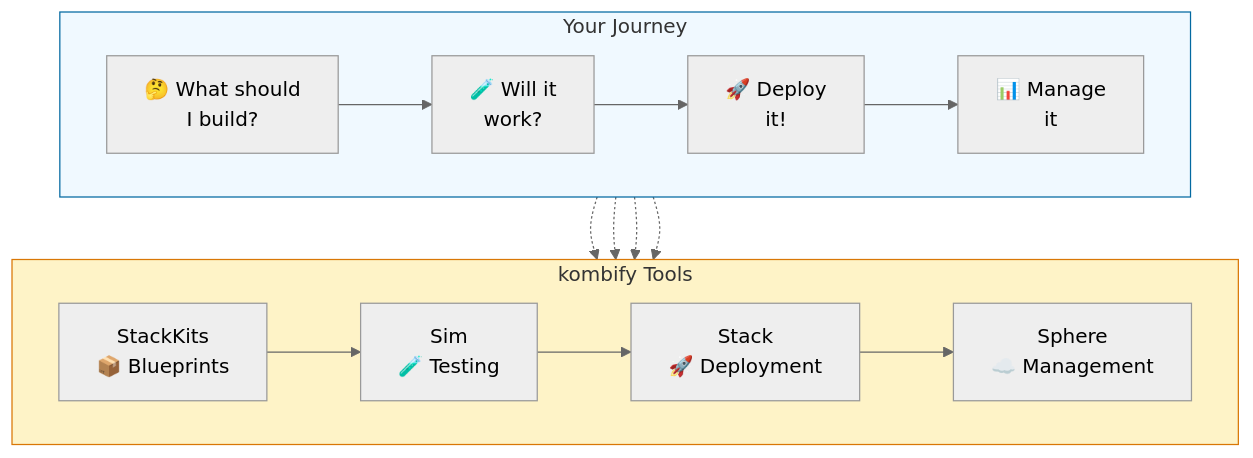
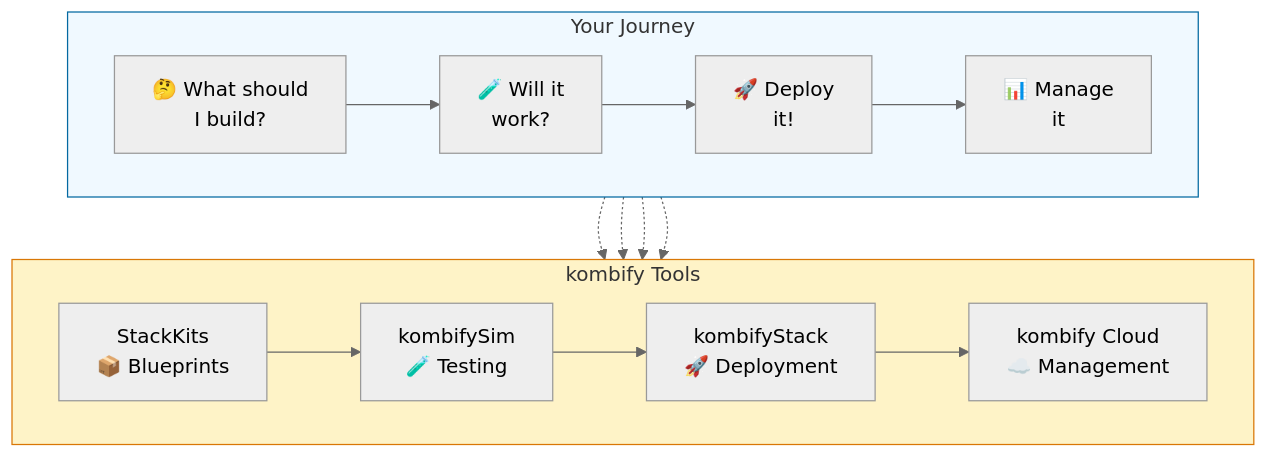
One commit to KombiverseLabs/docs changed the first of 8 diagrams in ecosystem.mdx. Above: the diagram before and after it, drawn with Mermaid (neutral theme). The commit also changed other lines of this file and 31 other files, not shown here.

````diff
--- a/ecosystem.mdx
+++ b/ecosystem.mdx
@@ -13,30 +13,30 @@
 ```mermaid
 graph TB
     subgraph User["Your Journey"]
         direction LR
         Q1["🤔 What should<br/>I build?"]
         Q2["🧪 Will it<br/>work?"]
         Q3["🚀 Deploy<br/>it!"]
         Q4["📊 Manage<br/>it"]
         
         Q1 --> Q2 --> Q3 --> Q4
     end
     
     subgraph Tools["kombify Tools"]
         direction LR
         SK["StackKits<br/>📦 Blueprints"]
-        Sim["Sim<br/>🧪 Testing"]
-        Stack["Stack<br/>🚀 Deployment"]
-        Sphere["Sphere<br/>☁️ Management"]
+        Sim["kombifySim<br/>🧪 Testing"]
+        Stack["kombifyStack<br/>🚀 Deployment"]
+        Platform["kombify Cloud<br/>☁️ Management"]
         
-        SK --> Sim --> Stack --> Sphere
+        SK --> Sim --> Stack --> Platform
     end
     
     Q1 -.-> SK
     Q2 -.-> Sim
     Q3 -.-> Stack
-    Q4 -.-> Sphere
+    Q4 -.-> Platform
     
     style User fill:#f0f9ff,stroke:#0369a1
     style Tools fill:#fef3c7,stroke:#d97706
 ```
````
